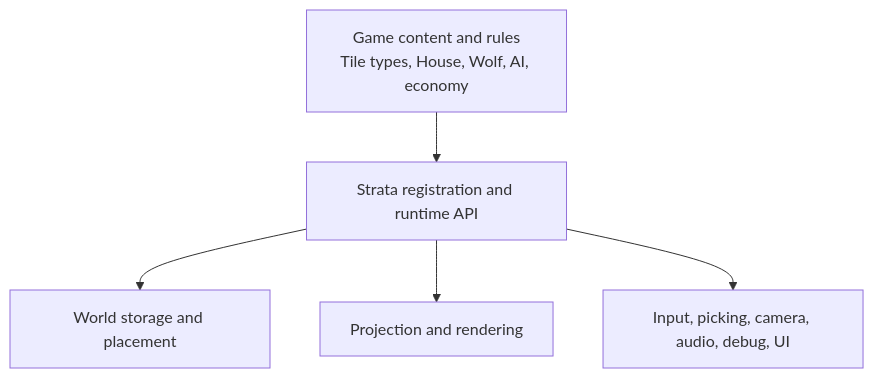
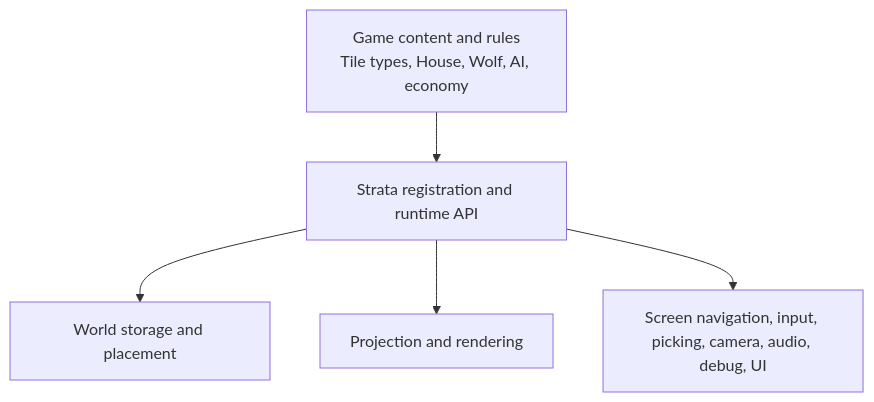
One commit to mefabc24/Strata changed the first of 3 diagrams in Documentation/Architecture.md. Above: the diagram before and after it, drawn with Mermaid. The commit also changed other lines of this file and 14 other files, not shown here.

````diff
--- a/Documentation/Architecture.md
+++ b/Documentation/Architecture.md
@@ -5,7 +5,7 @@
 ```mermaid
 flowchart TD
     G[Game content and rules<br/>Tile types, House, Wolf, AI, economy] --> R[Strata registration and runtime API]
     R --> W[World storage and placement]
     R --> V[Projection and rendering]
-    R --> I[Input, picking, camera, audio, debug, UI]
+    R --> I[Screen navigation, input, picking, camera, audio, debug, UI]
 ```
````
